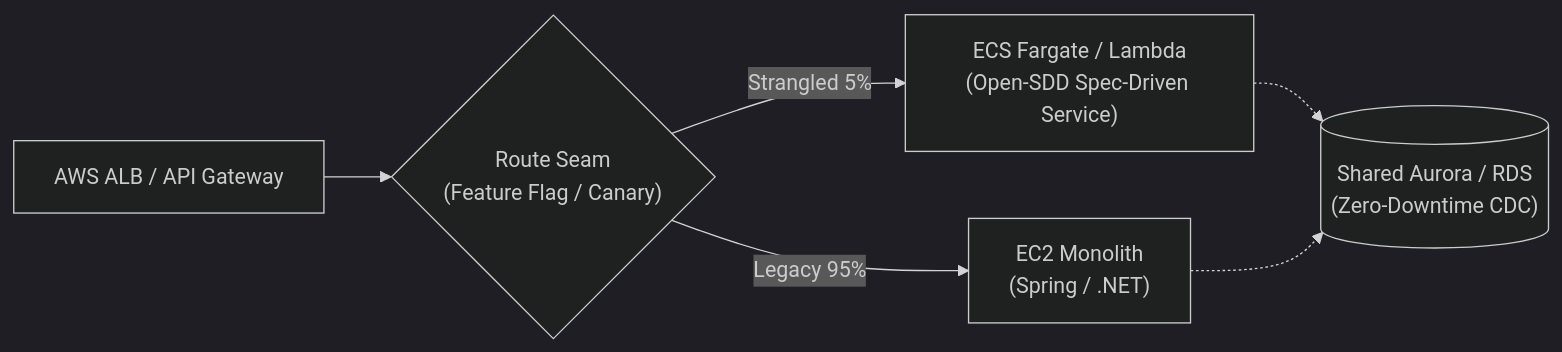
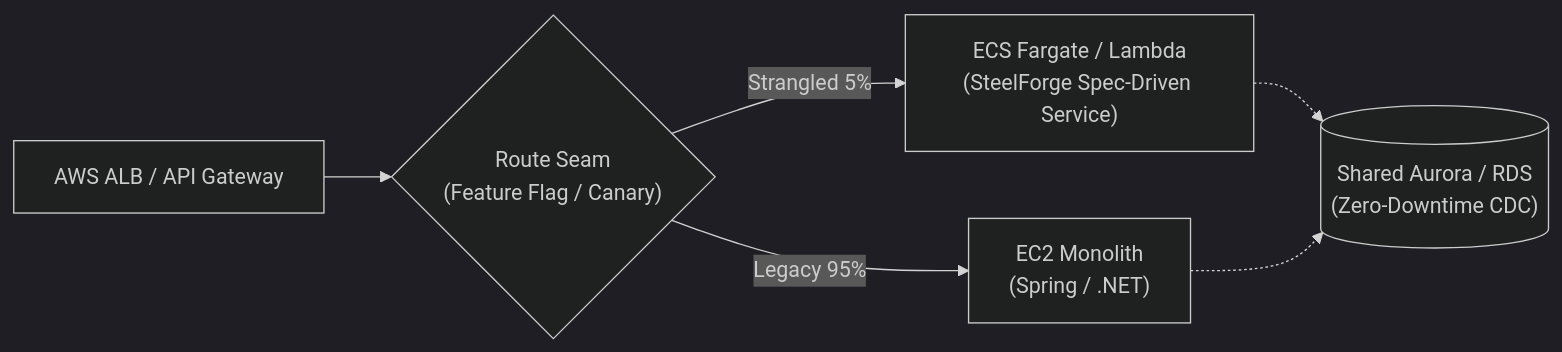
Before and after one commit to Brujo2020/OpenSDD: the second of 2 diagrams in docs/guides/enterprise-brownfield-sdd.md, drawn with Mermaid (dark theme). The commit also changed other lines of this file and 467 other files, not shown here.

First line of the commit message:
feat!: el producto pasa a llamarse SteelForge — SDD Toolkit

````diff
--- a/docs/guides/enterprise-brownfield-sdd.md
+++ b/docs/guides/enterprise-brownfield-sdd.md
@@ -134,8 +134,8 @@
 ```mermaid
 flowchart LR
     ALB["AWS ALB / API Gateway"] --> Router{"Route Seam\n(Feature Flag / Canary)"}
     Router -->|Legacy 95%| Legacy["EC2 Monolith\n(Spring / .NET)"]
-    Router -->|Strangled 5%| NewSvc["ECS Fargate / Lambda\n(Open-SDD Spec-Driven Service)"]
+    Router -->|Strangled 5%| NewSvc["ECS Fargate / Lambda\n(SteelForge Spec-Driven Service)"]
     NewSvc -.-> DB[("Shared Aurora / RDS\n(Zero-Downtime CDC)")]
     Legacy -.-> DB
 ```
````
